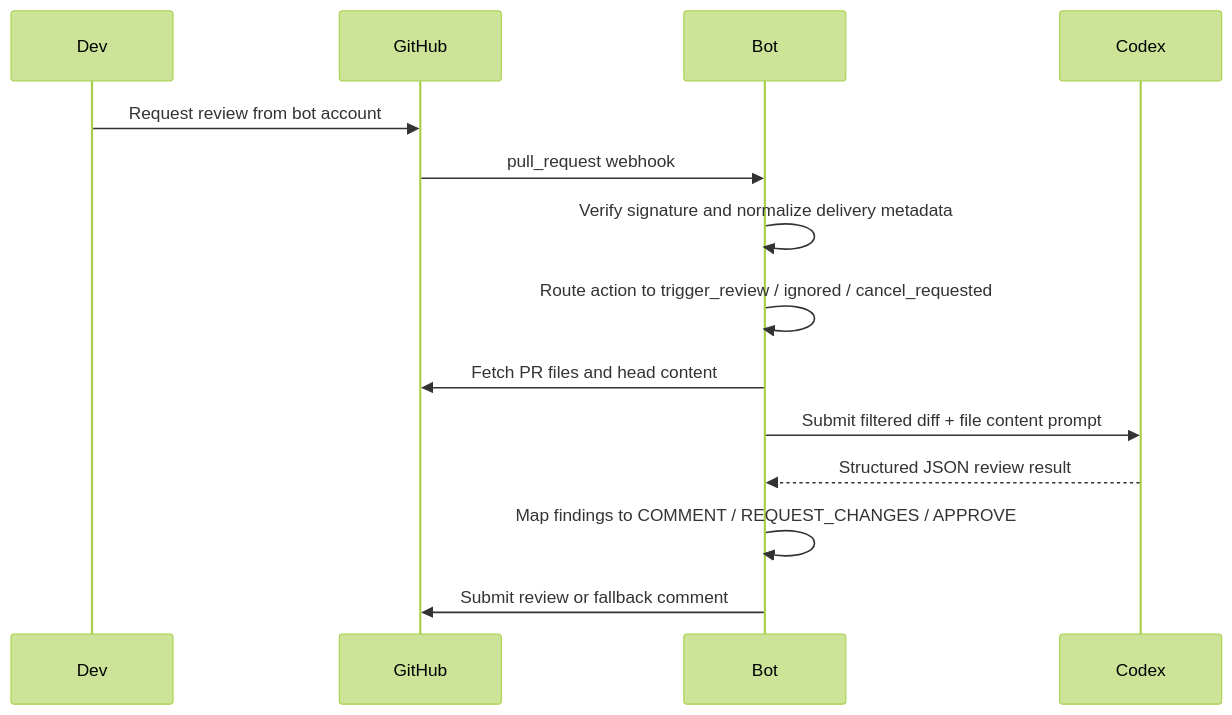
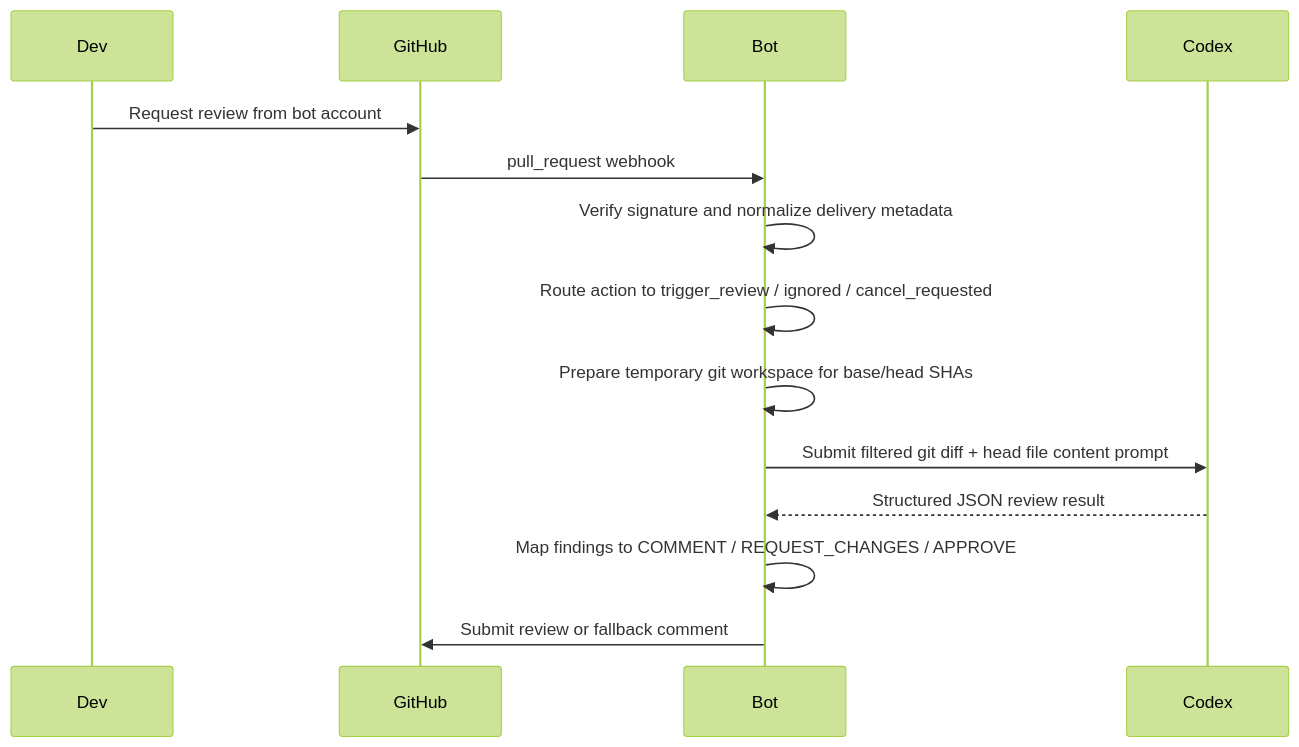
One commit to tungxuan1656/tx10-bot-gh-review changed the second of 2 diagrams in docs/architecture.md. Above: the diagram before and after it, drawn with Mermaid (forest theme). The commit also changed other lines of this file and 14 other files, not shown here.

````diff
--- a/docs/architecture.md
+++ b/docs/architecture.md
@@ -23,17 +25,17 @@
 ```mermaid
 sequenceDiagram
   participant Dev
   participant GitHub
   participant Bot
   participant Codex
 
   Dev->>GitHub: Request review from bot account
   GitHub->>Bot: pull_request webhook
   Bot->>Bot: Verify signature and normalize delivery metadata
   Bot->>Bot: Route action to trigger_review / ignored / cancel_requested
-  Bot->>GitHub: Fetch PR files and head content
-  Bot->>Codex: Submit filtered diff + file content prompt
+  Bot->>Bot: Prepare temporary git workspace for base/head SHAs
+  Bot->>Codex: Submit filtered git diff + head file content prompt
   Codex-->>Bot: Structured JSON review result
   Bot->>Bot: Map findings to COMMENT / REQUEST_CHANGES / APPROVE
   Bot->>GitHub: Submit review or fallback comment
 ```
````
